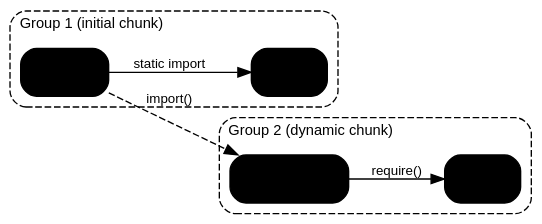
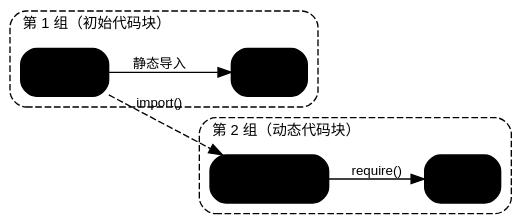
Before and after one commit to dogledogle/rolldown-docs-cn: the first of 3 diagrams in in-depth/automatic-code-splitting.md, drawn with Graphviz. The commit also changed other lines of this file and 60 other files, not shown here.

````diff
--- a/in-depth/automatic-code-splitting.md
+++ b/in-depth/automatic-code-splitting.md
@@ -38,38 +38,38 @@
 ```dot
 digraph {
     bgcolor="transparent";
     rankdir=LR;
     node [shape=box, style="filled,rounded", fontname="Arial", fontsize=12, margin="0.2,0.1", color="${#3c3c43|#dfdfd6}", fontcolor="${#3c3c43|#dfdfd6}"];
     edge [fontname="Arial", fontsize=10, color="${#3c3c43|#dfdfd6}", fontcolor="${#3c3c43|#dfdfd6}"];
 
     subgraph cluster_group1 {
-        label="Group 1 (initial chunk)";
+        label="第 1 组（初始代码块）";
         labeljust="l";
         fontname="Arial";
         fontsize=11;
         fontcolor="${#3c3c43|#dfdfd6}";
         style="dashed,rounded";
         color="${#d44803|#ff712a}";
 
         entry [label="entry.js", fillcolor="${#fff0e0|#4a2a0a}"];
         foo [label="foo.js", fillcolor="${#fff0e0|#4a2a0a}"];
-        entry -> foo [label="static import"];
+        entry -> foo [label="静态导入"];
     }
 
     subgraph cluster_group2 {
-        label="Group 2 (dynamic chunk)";
+        label="第 2 组（动态代码块）";
         labeljust="l";
         fontname="Arial";
         fontsize=11;
         fontcolor="${#3c3c43|#dfdfd6}";
         style="dashed,rounded";
         color="${#0366d6|#58a6ff}";
 
         dyn [label="dyn-entry.js", fillcolor="${#dbeafe|#1e3a5f}"];
         bar [label="bar.js", fillcolor="${#dbeafe|#1e3a5f}"];
         dyn -> bar [label="require()"];
     }
 
     entry -> dyn [label="import()", style=dashed];
 }
 ```
````
